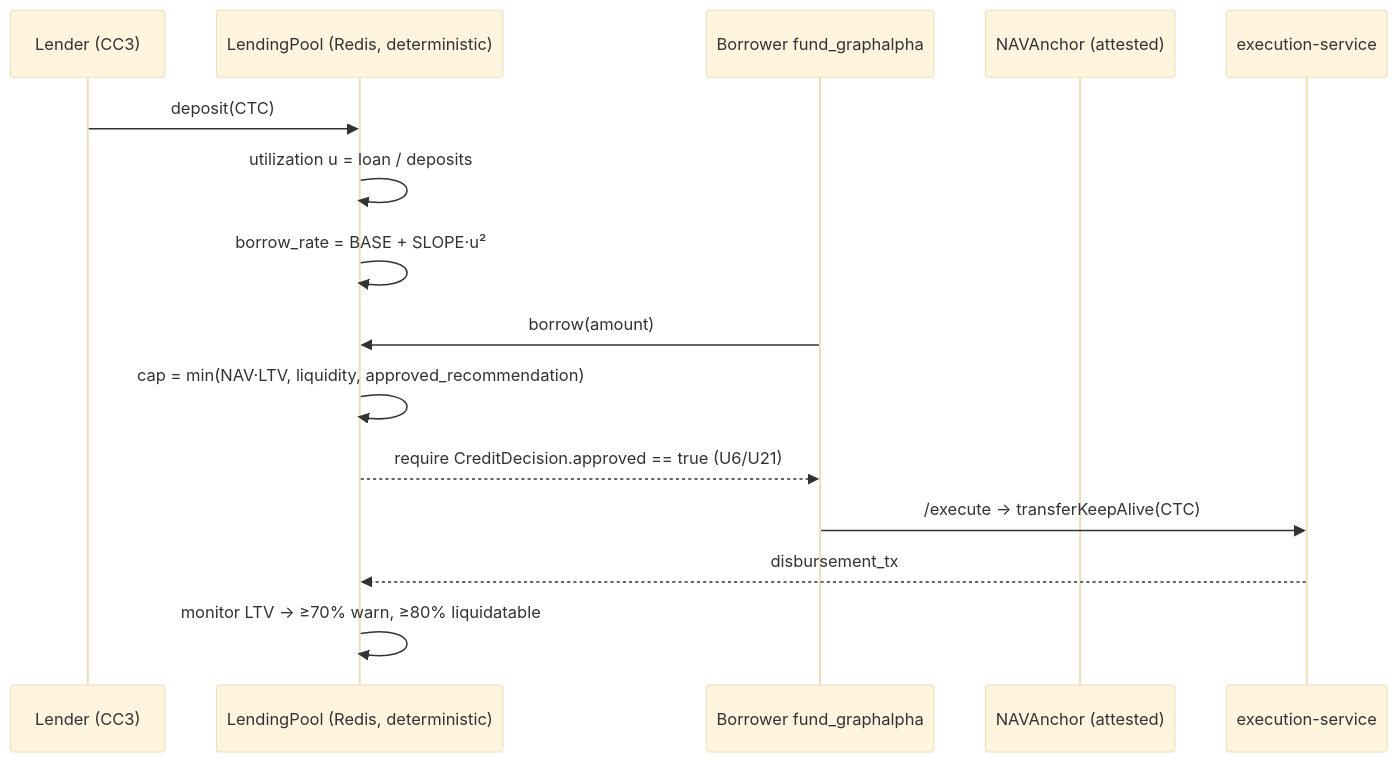
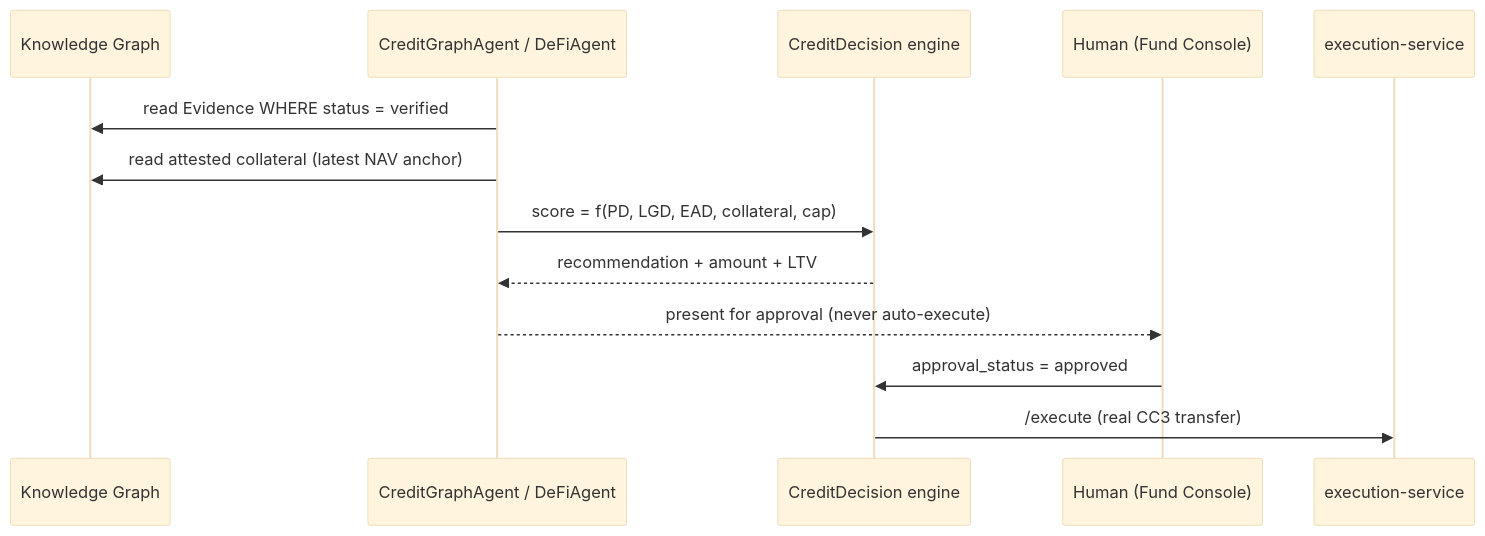
The fourth of 4 diagrams in docs/BUIDL_CTC_2026_WHITEPAPER.md (Godwin-88/sturdy-couscous), drawn with Mermaid (base theme) before and after one commit. The commit also changed other lines of this file and 3 other files, not shown here.

````diff
--- a/docs/BUIDL_CTC_2026_WHITEPAPER.md
+++ b/docs/BUIDL_CTC_2026_WHITEPAPER.md
@@ -263,18 +221,16 @@
 ```mermaid
 sequenceDiagram
-    participant L as Lender (CC3)
-    participant P as LendingPool (Redis, deterministic)
-    participant B as Borrower fund_graphalpha
-    participant N as NAVAnchor (attested)
-    participant E as execution-service
+    participant KG as Knowledge Graph
+    participant AG as CreditGraphAgent / DeFiAgent
+    participant DEC as CreditDecision engine
+    participant OP as Human (Fund Console)
+    participant ES as execution-service
 
-    L->>P: deposit(CTC)
-    P->>P: utilization u = loan / deposits
-    P->>P: borrow_rate = BASE + SLOPE·u²
-    B->>P: borrow(amount)
-    P->>P: cap = min(NAV·LTV, liquidity, approved_recommendation)
-    P-->>B: require CreditDecision.approved == true (U6/U21)
-    B->>E: /execute → transferKeepAlive(CTC)
-    E-->>P: disbursement_tx
-    P->>P: monitor LTV → ≥70% warn, ≥80% liquidatable
+    AG->>KG: read Evidence WHERE status = verified
+    AG->>KG: read attested collateral (latest NAV anchor)
+    AG->>DEC: score = f(PD, LGD, EAD, collateral, cap)
+    DEC-->>AG: recommendation + amount + LTV
+    AG-->>OP: present for approval (never auto-execute)
+    OP->>DEC: approval_status = approved
+    DEC->>ES: /execute (real CC3 transfer)
 ```
````
